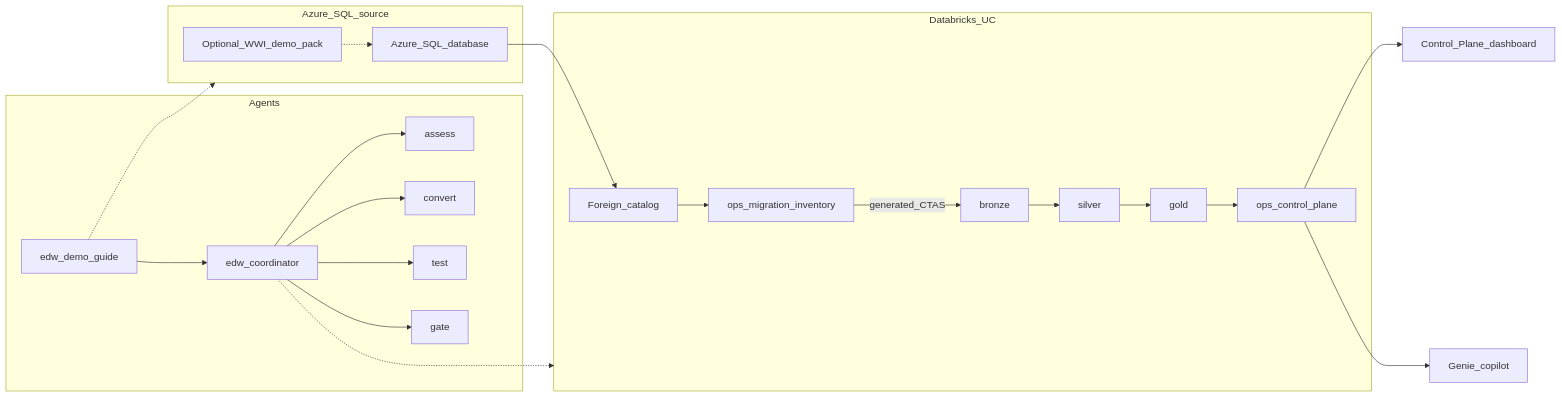
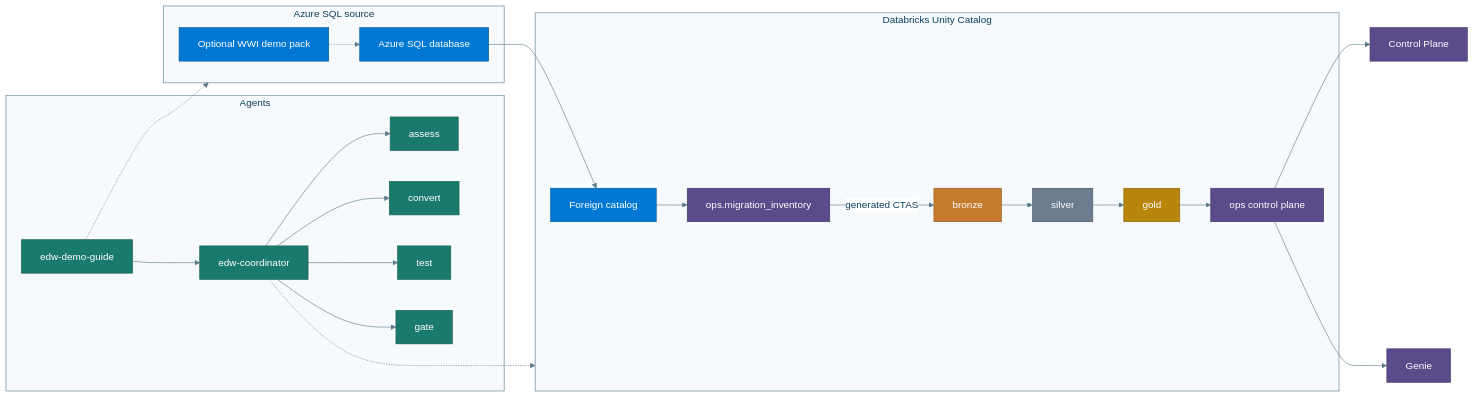
Before and after one commit to Jericho2010/edwmigration: the diagram in docs/img/architecture.mmd, drawn with Mermaid. The commit also changed 25 other files, not shown here.

First line of the commit message:
Add enterprise SoD docs, themed diagrams, glossary, and Cursor UI guide.

```diff
--- a/docs/img/architecture.mmd
+++ b/docs/img/architecture.mmd
@@ -1,33 +1,48 @@
+%%{init: {"theme":"base","themeVariables":{"primaryColor":"#E8F1F8","primaryTextColor":"#0B3D5C","primaryBorderColor":"#0B3D5C","lineColor":"#5B7A8C","secondaryColor":"#E6F4F1","tertiaryColor":"#F7F3EA","background":"#FFFFFF","mainBkg":"#E8F1F8","clusterBkg":"#F7FAFC","clusterBorder":"#5B7A8C","titleColor":"#0B3D5C","edgeLabelBackground":"#FFFFFF"}}}%%
 flowchart LR
-  subgraph azure [Azure_SQL_source]
-    DemoPack[Optional_WWI_demo_pack]
-    FreeDB[Azure_SQL_database]
+  subgraph azure ["Azure SQL source"]
+    DemoPack["Optional WWI demo pack"]
+    FreeDB["Azure SQL database"]
     DemoPack -.-> FreeDB
   end
-  subgraph dbx [Databricks_UC]
-    Fed[Foreign_catalog]
-    Inv[ops_migration_inventory]
-    Bronze[bronze]
-    Silver[silver]
-    Gold[gold]
-    Ops[ops_control_plane]
+  subgraph dbx ["Databricks Unity Catalog"]
+    Fed["Foreign catalog"]
+    Inv["ops.migration_inventory"]
+    Bronze["bronze"]
+    Silver["silver"]
+    Gold["gold"]
+    Ops["ops control plane"]
     FreeDB --> Fed
     Fed --> Inv
-    Inv -->|generated_CTAS| Bronze
+    Inv -->|"generated CTAS"| Bronze
     Bronze --> Silver
     Silver --> Gold
     Gold --> Ops
   end
-  subgraph agents [Agents]
-    Guide[edw_demo_guide]
-    Coord[edw_coordinator]
+  subgraph agents ["Agents"]
+    Guide["edw-demo-guide"]
+    Coord["edw-coordinator"]
     Guide --> Coord
-    Coord --> Assess[assess]
-    Coord --> Convert[convert]
-    Coord --> Test[test]
-    Coord --> Gate[gate]
+    Coord --> Assess["assess"]
+    Coord --> Convert["convert"]
+    Coord --> Test["test"]
+    Coord --> Gate["gate"]
   end
   Guide -.-> azure
   Coord -.-> dbx
-  Ops --> Dash[Control_Plane_dashboard]
-  Ops --> Genie[Genie_copilot]
+  Ops --> Dash["Control Plane"]
+  Ops --> Genie["Genie"]
+
+  classDef agent fill:#1B7A6E,stroke:#145A51,color:#fff
+  classDef azureC fill:#0078D4,stroke:#005A9E,color:#fff
+  classDef bronze fill:#C47B2D,stroke:#8F5A1F,color:#fff
+  classDef silver fill:#6B7C8F,stroke:#4A5663,color:#fff
+  classDef gold fill:#B8860B,stroke:#8A6508,color:#fff
+  classDef ops fill:#5B4B8A,stroke:#3F3460,color:#fff
+
+  class Guide,Coord,Assess,Convert,Test,Gate agent
+  class FreeDB,DemoPack,Fed azureC
+  class Bronze bronze
+  class Silver silver
+  class Gold gold
+  class Ops,Inv,Dash,Genie ops
```
